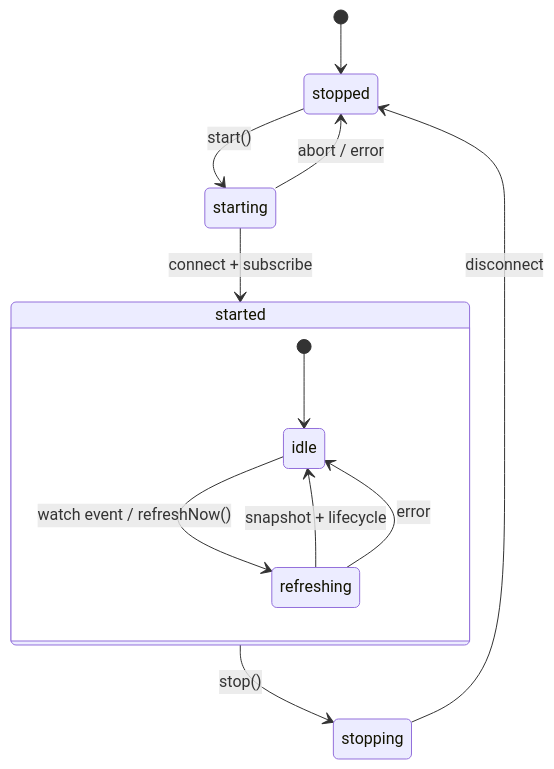
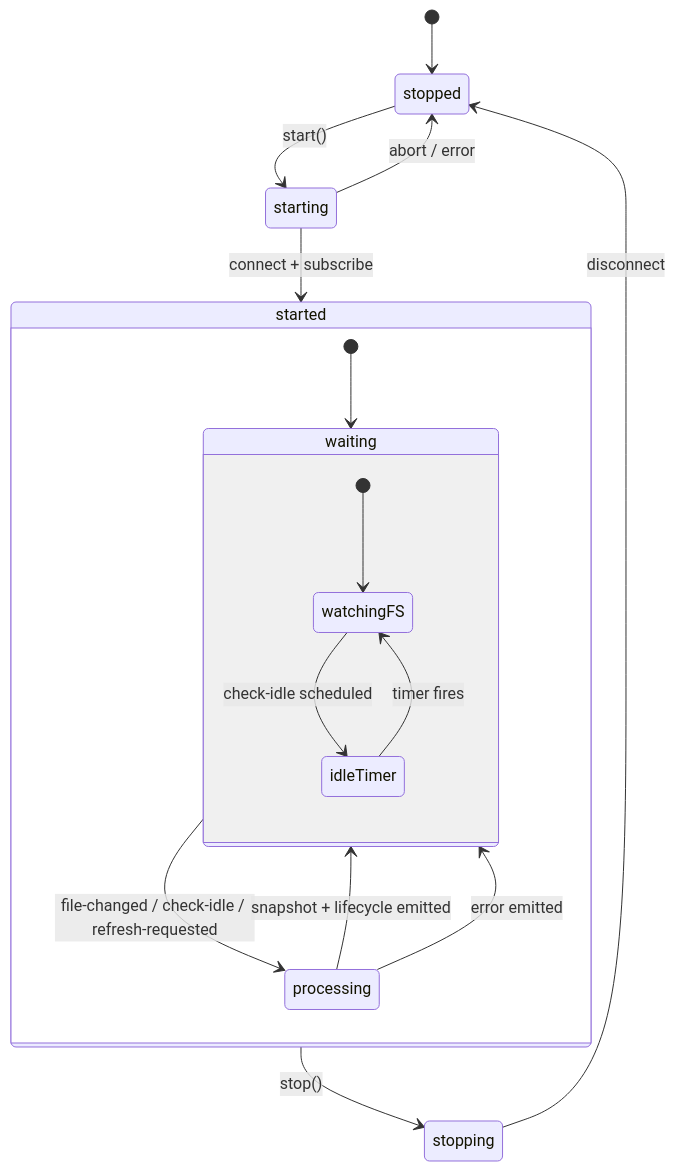
Before and after one commit to vtemian/agent-io: the diagram in README.md, drawn with Mermaid. The commit also changed other lines of this file and 13 other files, not shown here.

First line of the commit message:
refactor: replace runtime worker loop with event bus for idle detection

````diff
--- a/README.md
+++ b/README.md
@@ -51,16 +51,22 @@
 ```mermaid
 stateDiagram-v2
   [*] --> stopped
   stopped --> starting : start()
   starting --> started : connect + subscribe
   starting --> stopped : abort / error
   started --> stopping : stop()
   stopping --> stopped : disconnect
 
   state started {
-    [*] --> idle
-    idle --> refreshing : watch event / refreshNow()
-    refreshing --> idle : snapshot + lifecycle
-    refreshing --> idle : error
+    [*] --> waiting
+    waiting --> processing : file‑changed / check‑idle / refresh‑requested
+    processing --> waiting : snapshot + lifecycle emitted
+    processing --> waiting : error emitted
+
+    state waiting {
+      [*] --> watchingFS
+      watchingFS --> idleTimer : check‑idle scheduled
+      idleTimer --> watchingFS : timer fires
+    }
   }
 ```
````
